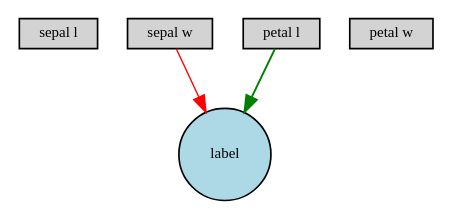
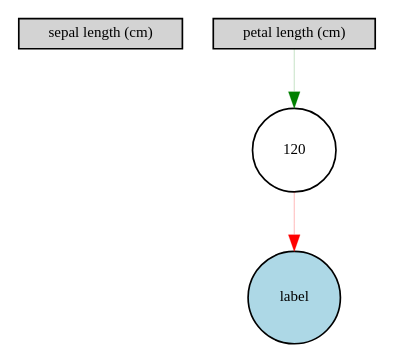
The diagram in iris/Digraph.gv (Maxwell1447/Neuro-evolution-in-speaker-recognition), drawn with Graphviz before and after one commit. The commit also changed 5 other files, not shown here.

```diff
--- a/iris/Digraph.gv
+++ b/iris/Digraph.gv
@@ -1,10 +1,9 @@
 digraph {
 	node [fontsize=9 height=0.2 shape=circle width=0.2]
-	"sepal l" [fillcolor=lightgray shape=box style=filled]
-	"sepal w" [fillcolor=lightgray shape=box style=filled]
-	"petal l" [fillcolor=lightgray shape=box style=filled]
-	"petal w" [fillcolor=lightgray shape=box style=filled]
+	"sepal length (cm)" [fillcolor=lightgray shape=box style=filled]
+	"petal length (cm)" [fillcolor=lightgray shape=box style=filled]
 	label [fillcolor=lightblue style=filled]
-	"sepal w" -> label [color=red penwidth=0.830376670601839 style=solid]
-	"petal l" -> label [color=green penwidth=1.0971520959225962 style=solid]
+	120 [fillcolor=white style=filled]
+	"petal length (cm)" -> 120 [color=green penwidth=0.13868918767165547 style=solid]
+	120 -> label [color=red penwidth=0.16859806106039826 style=solid]
 }
```
